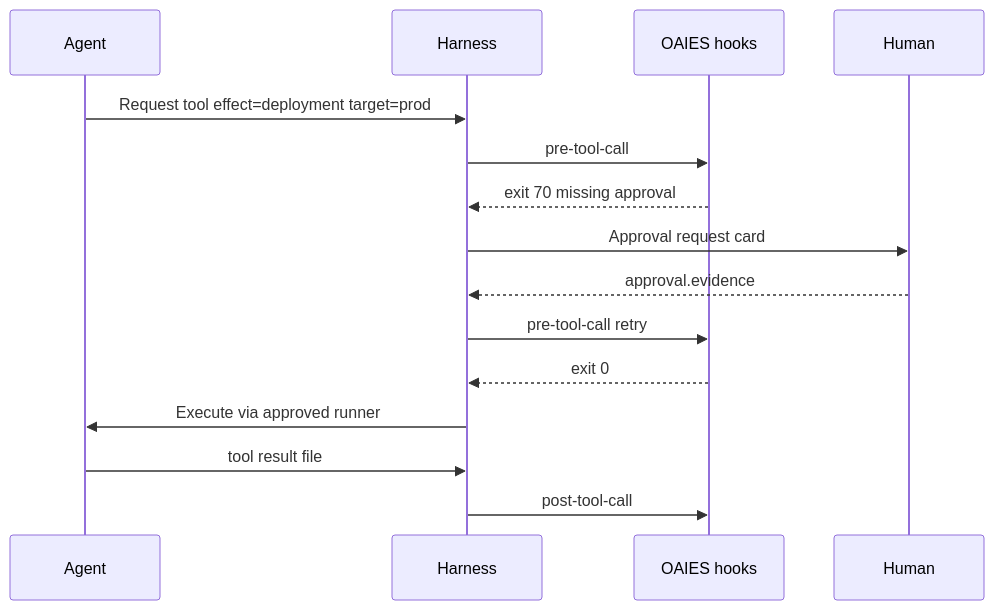
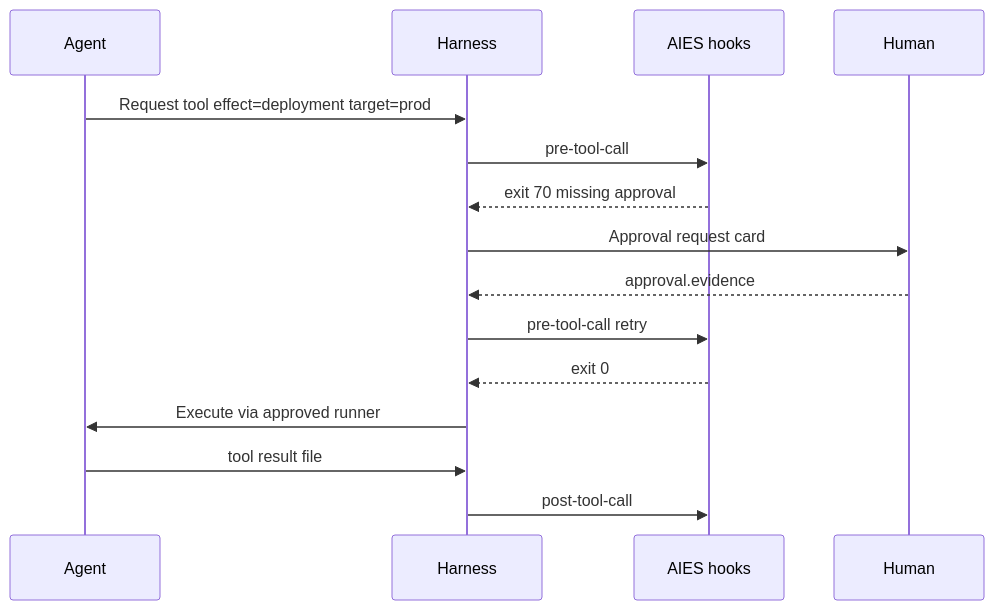
Before and after one commit to grvmithas/open-ai-engineering-standards: the second of 2 diagrams in content/handbook/human-in-the-loop.md, drawn with Mermaid. The commit also changed 302 other files, not shown here.

````diff
--- a/content/handbook/human-in-the-loop.md
+++ b/content/handbook/human-in-the-loop.md
@@ -121,17 +121,17 @@
 ```mermaid
 sequenceDiagram
   participant Agent
   participant Harness
-  participant Hook as OAIES hooks
+  participant Hook as AIES hooks
   participant Human
   Agent->>Harness: Request tool effect=deployment target=prod
   Harness->>Hook: pre-tool-call
   Hook-->>Harness: exit 70 missing approval
   Harness->>Human: Approval request card
   Human-->>Harness: approval.evidence
   Harness->>Hook: pre-tool-call retry
   Hook-->>Harness: exit 0
   Harness->>Agent: Execute via approved runner
   Agent->>Harness: tool result file
   Harness->>Hook: post-tool-call
 ```
````
